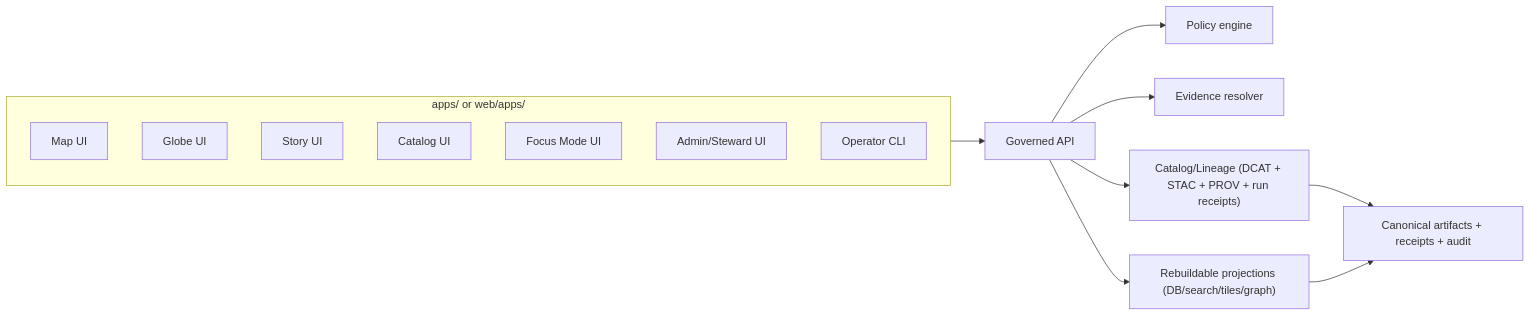
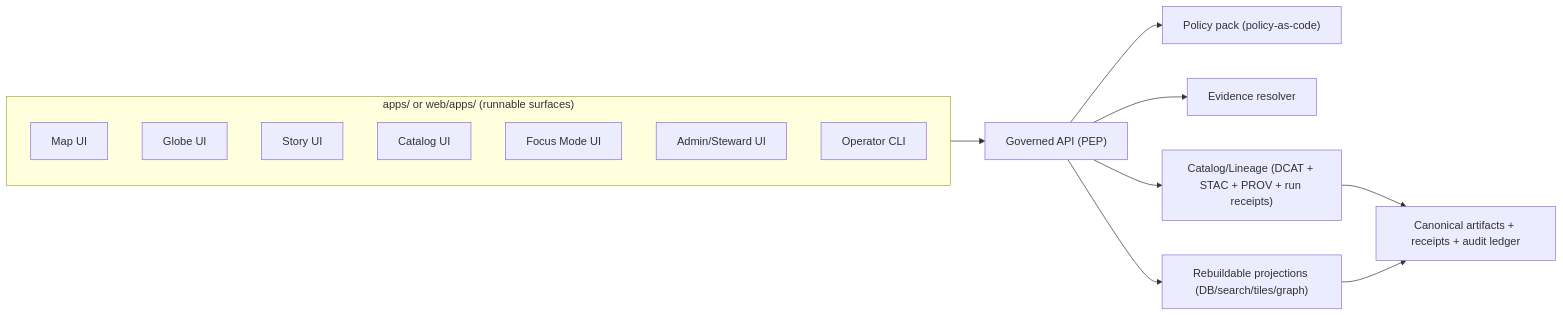
One commit to bartytime4life/Kansas-Frontier-Matrix changed the first of 2 diagrams in apps/README.md. Above: the diagram before and after it, drawn with Mermaid. The commit also changed other lines of this file, not shown here.

````diff
--- a/apps/README.md
+++ b/apps/README.md
@@ -422,20 +531,21 @@
 ```mermaid
 flowchart LR
-  subgraph Apps["apps/ or web/apps/"]
+  subgraph Apps["apps/ or web/apps/ (runnable surfaces)"]
     Map["Map UI"]
     Globe["Globe UI"]
     Story["Story UI"]
     Catalog["Catalog UI"]
     Focus["Focus Mode UI"]
     Admin["Admin/Steward UI"]
     CLI["Operator CLI"]
   end
 
-  Apps --> API["Governed API"]
-  API --> Policy["Policy engine"]
+  Apps --> API["Governed API (PEP)"]
+  API --> Policy["Policy pack (policy-as-code)"]
   API --> Evidence["Evidence resolver"]
   API --> CatalogLineage["Catalog/Lineage (DCAT + STAC + PROV + run receipts)"]
   API --> Projections["Rebuildable projections (DB/search/tiles/graph)"]
-  CatalogLineage --> Canonical["Canonical artifacts + receipts + audit"]
+
+  CatalogLineage --> Canonical["Canonical artifacts + receipts + audit ledger"]
   Projections --> Canonical
 ```
````
